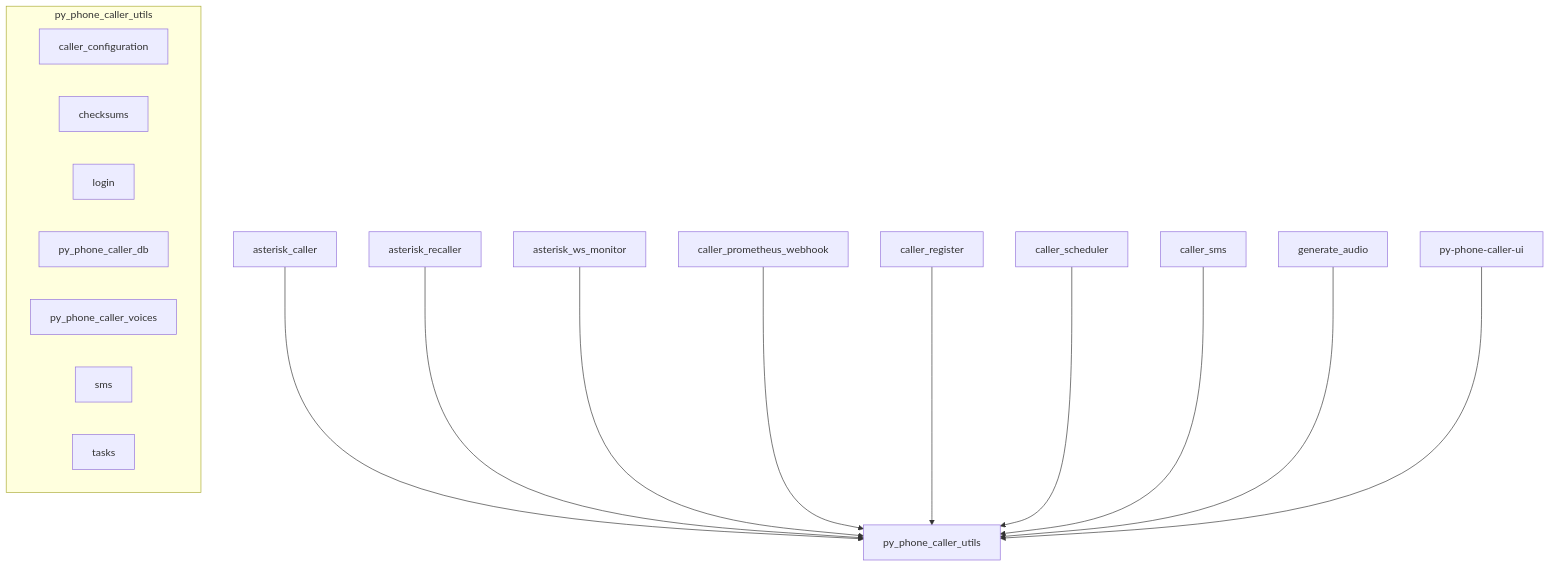
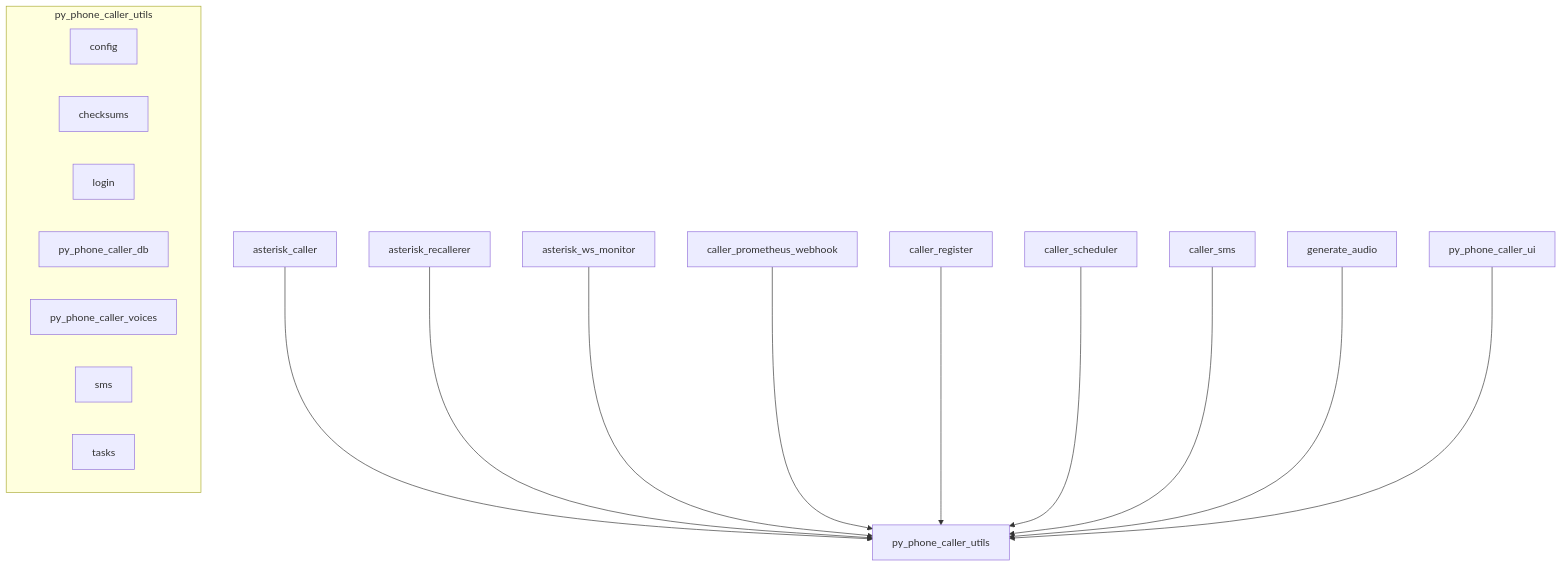
Before and after one commit to jcfdeb/py-phone-caller: diagram 12 of 21 in docs/py-phone-caller_2025.05.md, drawn with Mermaid. The commit also changed other lines of this file and 217 other files, not shown here.

````diff
--- a/docs/py-phone-caller_2025.05.md
+++ b/docs/py-phone-caller_2025.05.md
@@ -445,22 +535,22 @@
 ```mermaid
 graph TD
     AC[asterisk_caller] --> PCU[py_phone_caller_utils]
-    AR[asterisk_recaller] --> PCU
+    AR[asterisk_recallerer] --> PCU
     WSM[asterisk_ws_monitor] --> PCU
     PW[caller_prometheus_webhook] --> PCU
     CR[caller_register] --> PCU
     CS[caller_scheduler] --> PCU
     SMS[caller_sms] --> PCU
     GA[generate_audio] --> PCU
-    UI[py-phone-caller-ui] --> PCU
+    UI[py_phone_caller_ui] --> PCU
 
     subgraph py_phone_caller_utils
-        CC[caller_configuration]
+        CFG[config]
         CHK[checksums]
         LGN[login]
         DB[py_phone_caller_db]
         VOI[py_phone_caller_voices]
         SMS_U[sms]
         TSK[tasks]
     end
 ```
````
